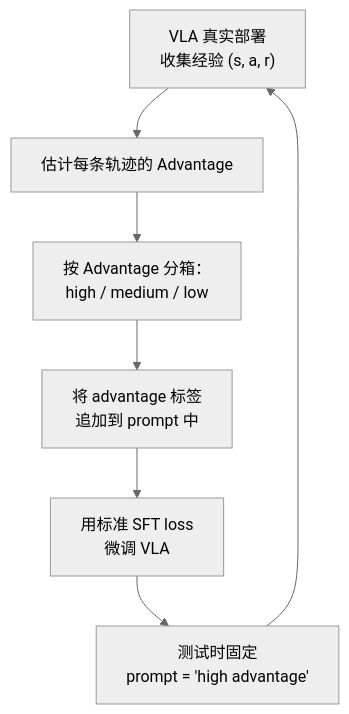
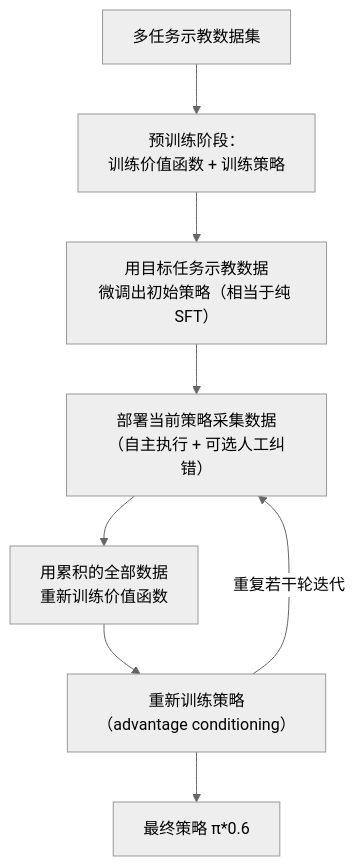
Before and after one commit to endlesscollider/paper: the diagram in 论文综述/016_RECAP_从真实部署经验中RL学习.md, drawn with Mermaid (neutral theme). The commit also changed other lines of this file and 377 other files, not shown here.

````diff
--- a/论文综述/016_RECAP_从真实部署经验中RL学习.md
+++ b/论文综述/016_RECAP_从真实部署经验中RL学习.md
@@ -62,9 +75,10 @@
 ```mermaid
 flowchart TD
-    A["VLA 真实部署<br/>收集经验 (s, a, r)"] --> B["估计每条轨迹的 Advantage"]
-    B --> C["按 Advantage 分箱：<br/>high / medium / low"]
-    C --> D["将 advantage 标签<br/>追加到 prompt 中"]
-    D --> E["用标准 SFT loss<br/>微调 VLA"]
-    E --> F["测试时固定<br/>prompt = 'high advantage'"]
-    F --> A
+    A["多任务示教数据集"] --> B["预训练阶段：\n训练价值函数 + 训练策略"]
+    B --> C["用目标任务示教数据\n微调出初始策略（相当于纯 SFT）"]
+    C --> D["部署当前策略采集数据\n（自主执行 + 可选人工纠错）"]
+    D --> E["用累积的全部数据\n重新训练价值函数"]
+    E --> F["重新训练策略\n（advantage conditioning）"]
+    F -->|"重复若干轮迭代"| D
+    F --> G["最终策略 π*0.6"]
 ```
````
